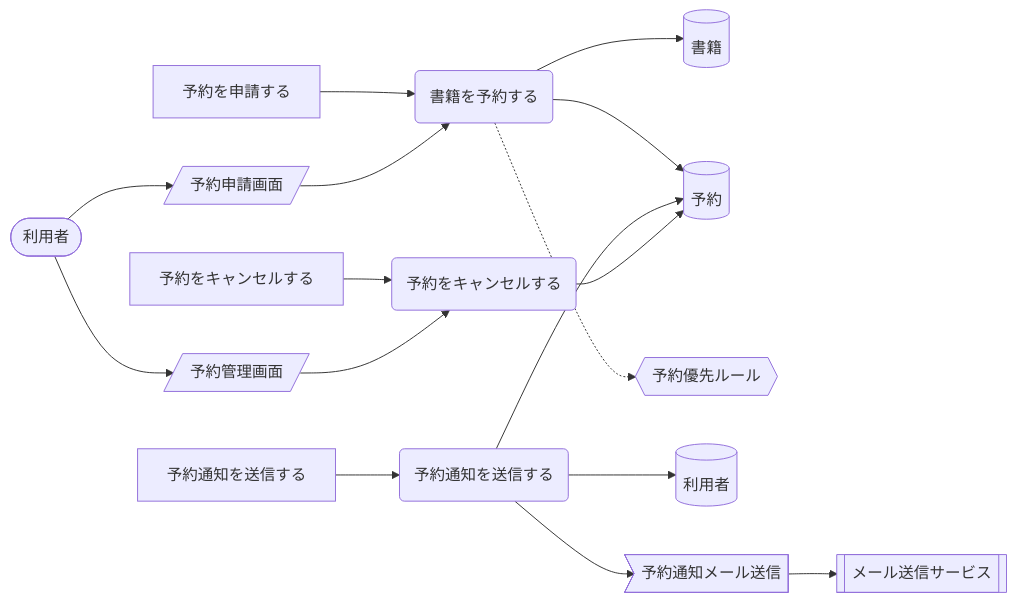
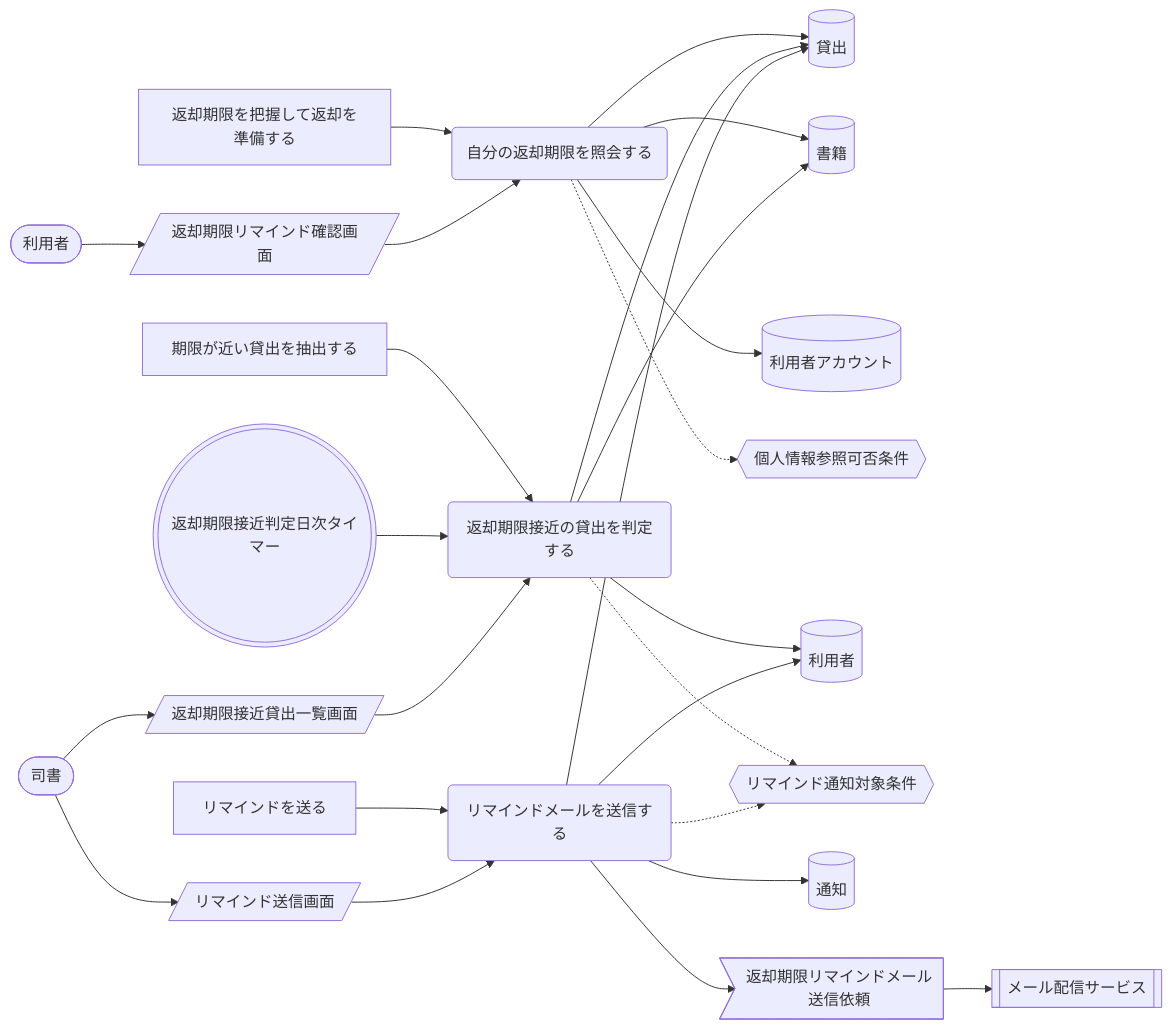
The eighth of 13 diagrams in samples/distillery/pipeline/rdra/latest/views/04_UC複合図.md (suwa-sh/suwa-sh-claude-plugins), drawn with Mermaid before and after one commit. The commit also changed other lines of this file and 1723 other files, not shown here.

````diff
--- a/samples/distillery/pipeline/rdra/latest/views/04_UC複合図.md
+++ b/samples/distillery/pipeline/rdra/latest/views/04_UC複合図.md
@@ -138,33 +427,48 @@
 ```mermaid
 graph LR
-  UC1("書籍を予約する")
-  AT1["予約を申請する"]
-  IF1[("書籍")]
-  IF2[("予約")]
-  CD1{{"予約優先ルール"}}
-  SC1[/"予約申請画面"/]
+  UC1("自分の返却期限を照会する")
+  AT1["返却期限を把握して返却を準備する"]
+  IF1[("貸出")]
+  IF2[("書籍")]
+  IF3[("利用者アカウント")]
+  CD1{{"個人情報参照可否条件"}}
+  SC1[/"返却期限リマインド確認画面"/]
   AC1(["利用者"])
-  UC2("予約通知を送信する")
-  AT2["予約通知を送信する"]
-  IF3[("利用者")]
-  EV1>"予約通知メール送信"]
-  EX1[["メール送信サービス"]]
-  UC3("予約をキャンセルする")
-  AT3["予約をキャンセルする"]
-  SC2[/"予約管理画面"/]
+  UC2("返却期限接近の貸出を判定する")
+  AT2["期限が近い貸出を抽出する"]
+  IF4[("利用者")]
+  CD2{{"リマインド通知対象条件"}}
+  TM1((("返却期限接近判定日次タイマー")))
+  SC2[/"返却期限接近貸出一覧画面"/]
+  AC2(["司書"])
+  UC3("リマインドメールを送信する")
+  AT3["リマインドを送る"]
+  IF5[("通知")]
+  SC3[/"リマインド送信画面"/]
+  EV1>"返却期限リマインドメール送信依頼"]
+  EX1[["メール配信サービス"]]
   AT1 --> UC1
   UC1 --> IF1
   UC1 --> IF2
+  UC1 --> IF3
   UC1 -.-> CD1
   AC1 --> SC1
   SC1 --> UC1
   AT2 --> UC2
+  UC2 --> IF1
+  UC2 --> IF4
   UC2 --> IF2
-  UC2 --> IF3
-  UC2 --> EV1
+  UC2 -.-> CD2
+  TM1 --> UC2
+  AC2 --> SC2
+  SC2 --> UC2
+  AT3 --> UC3
+  UC3 --> IF5
+  UC3 --> IF1
+  UC3 --> IF4
+  UC3 -.-> CD2
+  AC2 --> SC3
+  SC3 --> UC3
+  UC3 --> EV1
   EV1 --> EX1
-  AT3 --> UC3
-  UC3 --> IF2
-  AC1 --> SC2
-  SC2 --> UC3
 ```
````
